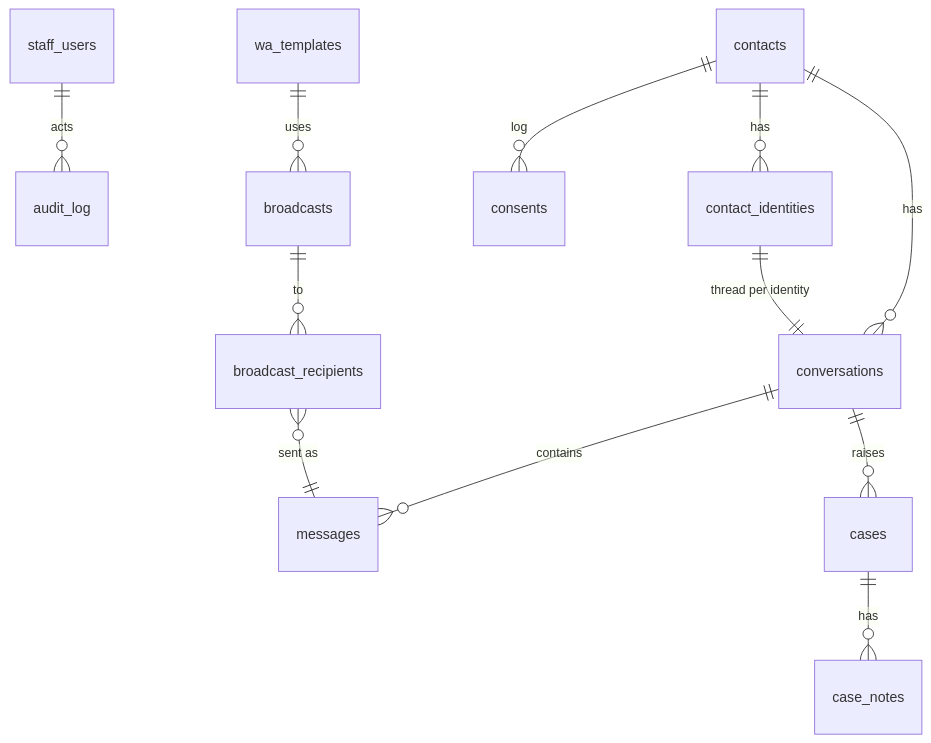
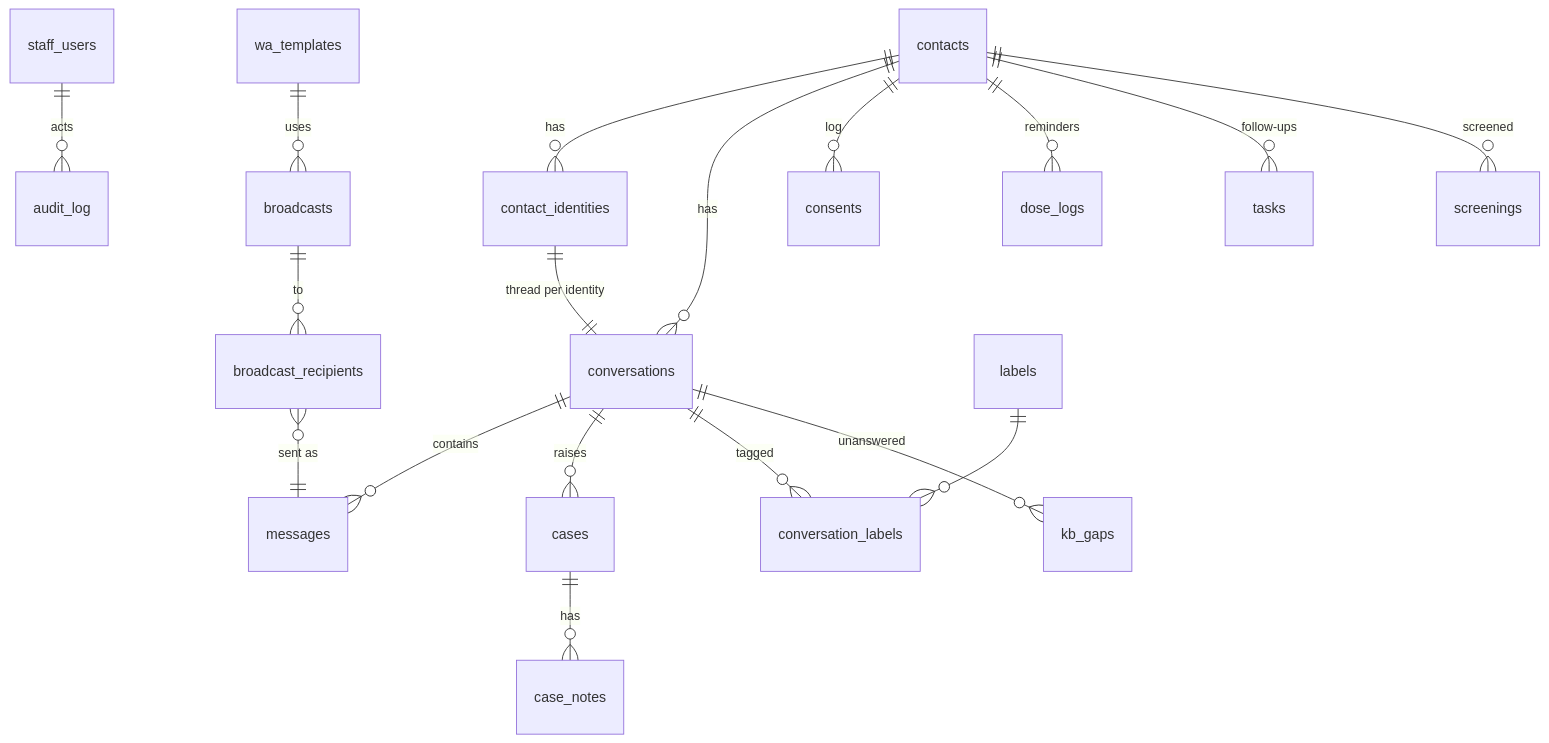
One commit to 1uthfipratama/ontaonti changed the second of 2 diagrams in docs/ARCHITECTURE.md. Above: the diagram before and after it, drawn with Mermaid. The commit also changed other lines of this file and 25 other files, not shown here.

````diff
--- a/docs/ARCHITECTURE.md
+++ b/docs/ARCHITECTURE.md
@@ -101,14 +123,20 @@
 ```mermaid
 erDiagram
     staff_users ||--o{ audit_log : "acts"
     contacts ||--o{ contact_identities : "has"
     contacts ||--o{ conversations : "has"
     contact_identities ||--|| conversations : "thread per identity"
     conversations ||--o{ messages : "contains"
     conversations ||--o{ cases : "raises"
     cases ||--o{ case_notes : "has"
     contacts ||--o{ consents : "log"
     wa_templates ||--o{ broadcasts : "uses"
     broadcasts ||--o{ broadcast_recipients : "to"
     broadcast_recipients }o--|| messages : "sent as"
+    conversations ||--o{ conversation_labels : "tagged"
+    labels ||--o{ conversation_labels : ""
+    contacts ||--o{ dose_logs : "reminders"
+    contacts ||--o{ tasks : "follow-ups"
+    contacts ||--o{ screenings : "screened"
+    conversations ||--o{ kb_gaps : "unanswered"
 ```
````
